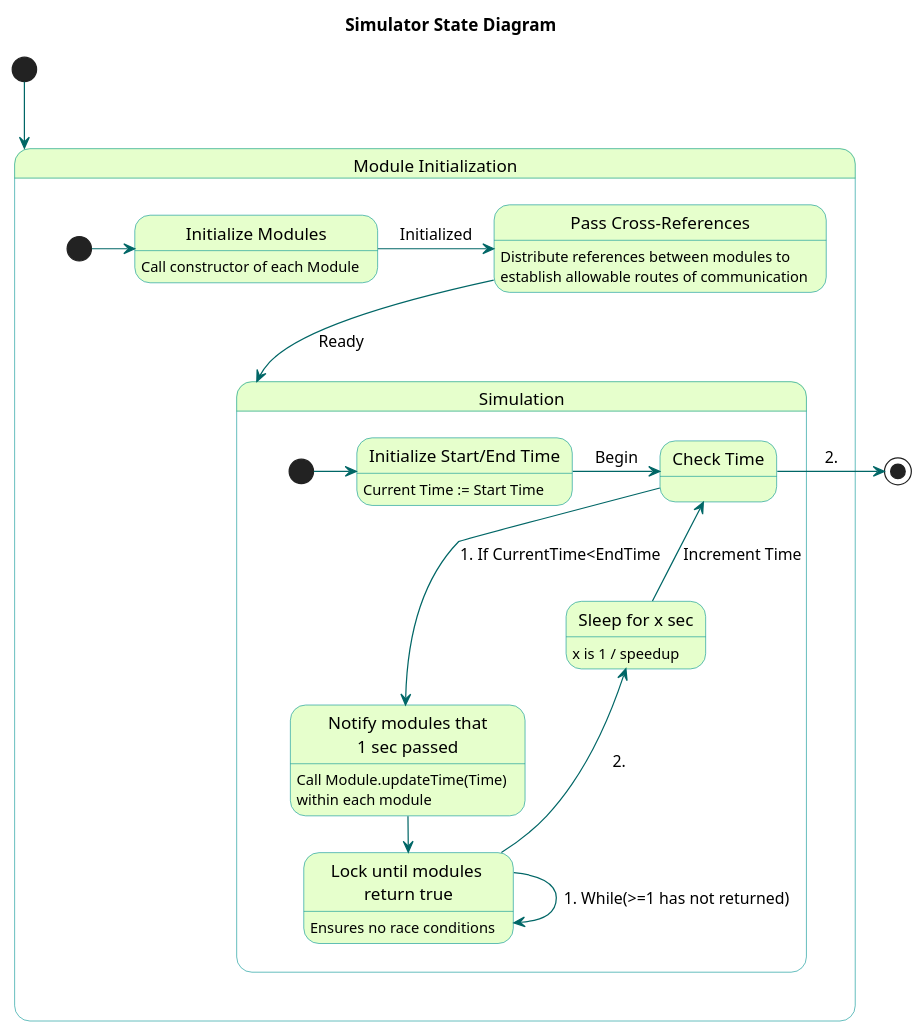
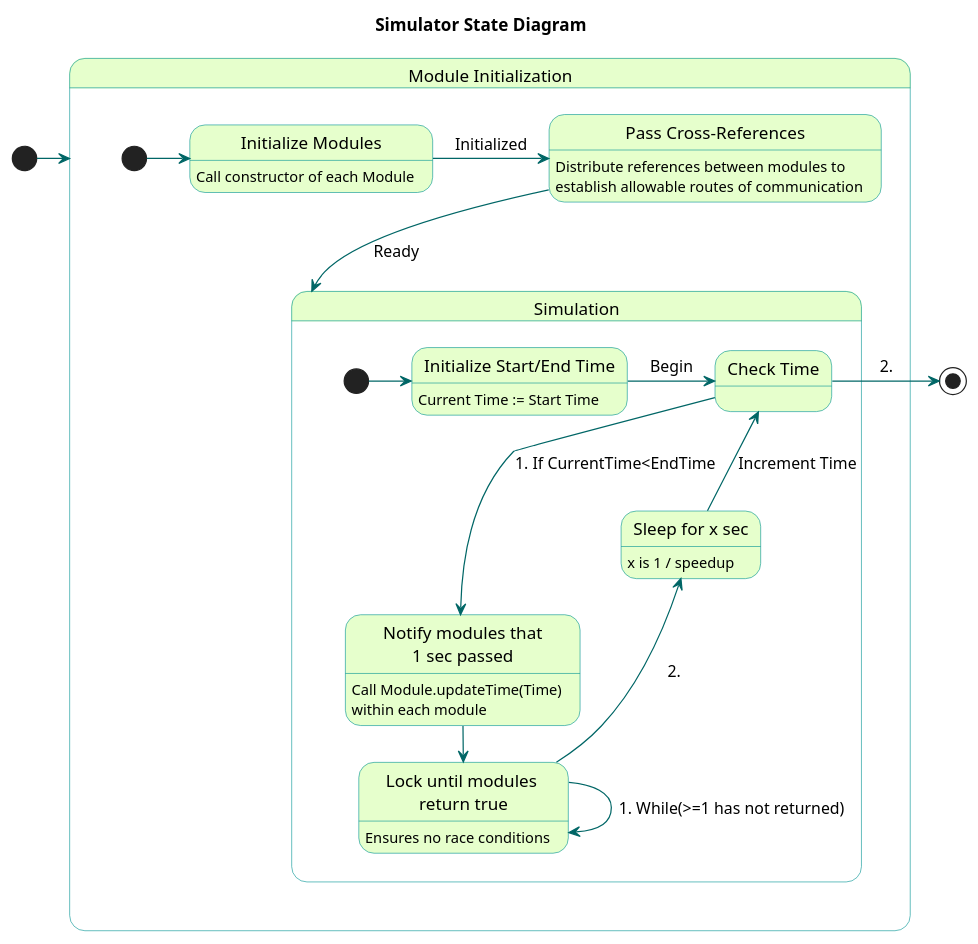
Before and after one commit to kevingilboy/COE1186: the diagram in TrainSystem/yUML/State Diagrams/Simulator State Diagram.pu, drawn with PlantUML. The commit also changed 3 other files, not shown here.

```diff
--- a/TrainSystem/yUML/State Diagrams/Simulator State Diagram.pu
+++ b/TrainSystem/yUML/State Diagrams/Simulator State Diagram.pu
@@ -1,43 +1,43 @@
 @startuml
 title Simulator State Diagram
 skinparam state {
   BackgroundColor transparent
   BackgroundColor #e6ffcc
   BorderColor 	#049595
   ArrowColor #006666
 }
 
-[*] --> Initialization
+[*] -> Initialization
 
 state "Module Initialization" as Initialization {
   [*] -> InitializeModules
   state "Initialize Modules" as InitializeModules: Call constructor of each Module
   InitializeModules -> PassReferences : Initialized
 
   state "Pass Cross-References" as PassReferences: Distribute references between modules to\nestablish allowable routes of communication
   PassReferences --> Simulation : Ready
 }
 
 state "Simulation" as Simulation{
   [*] -> InitializeTime
 
   state "Initialize Start/End Time" as InitializeTime : Current Time := Start Time
   InitializeTime -right-> CheckTime : Begin
 
   state "Check Time" as CheckTime
   CheckTime --> NotifyModules : 1. If CurrentTime<EndTime
 
   state "Notify modules that\n1 sec passed" as NotifyModules : Call Module.updateTime(Time)\nwithin each module
   NotifyModules-right->WaitForUpdates
 
   WaitForUpdates-->WaitForUpdates : 1. While(>=1 has not returned)
 
   state "Lock until modules \nreturn true" as WaitForUpdates : Ensures no race conditions
   WaitForUpdates-up->Sleep: 2.
 
   state "Sleep for x sec" as Sleep : x is 1 / speedup
   Sleep-up->CheckTime: Increment Time
 
 }
   CheckTime -right-> [*] : 2.
 @enduml
```
